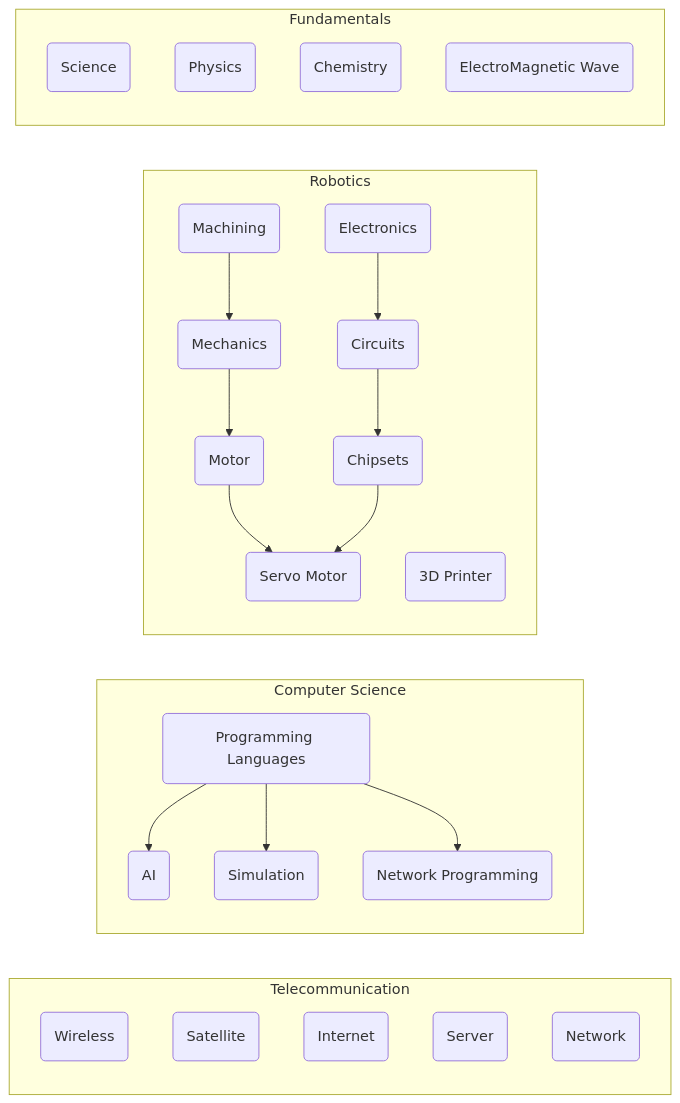
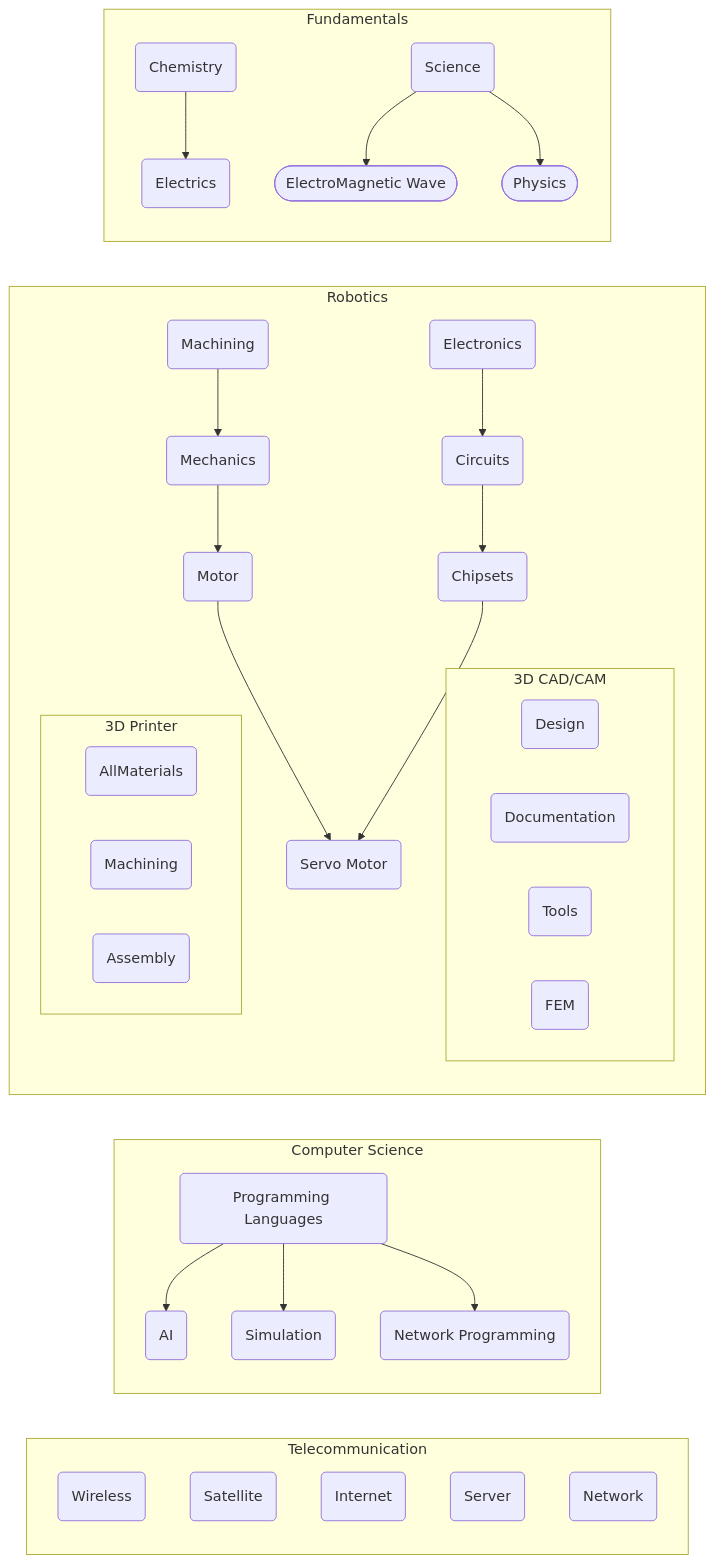
Before and after one commit to nihonXIM/XIR: the diagram in README.md, drawn with Mermaid. The commit also changed other lines of this file and 2 other files, not shown here.

Commit message:
始め

````diff
--- a/README.md
+++ b/README.md
@@ -2,53 +14,62 @@
 ```mermaid
 flowchart LR
-
-
-
-
-
-
     subgraph Telecommunication
         WIRL(Wireless)
         SAT(Satellite)
         INT(Internet)
         SER(Server)
         NET(Network)
     end
 
     MEC --> MOT
     MET --> MEC
     MOT --> SMO
     ELE --> CIRC
     CHIP --> SMO
     CIRC --> CHIP
     subgraph Computer Science
         AI(AI)
         PL(Programming Languages)
         NP(Network Programming)
         SI(Simulation)
     end
     PL --> SI
     PL --> AI
     PL --> NP
 
     
     subgraph Robotics
         MET(Machining)
         MEC(Mechanics)
         ELE(Electronics)
         CHIP(Chipsets)
         CIRC(Circuits)
         MOT(Motor)
         SMO(Servo Motor)
-        3DP(3D Printer)
+        subgraph 3D CAD/CAM
+            DES(Design)
+            DOC(Documentation)
+            TOL(Tools)
+            FEM(FEM)
+        end
+        subgraph 3D Printer
+            ALM(AllMaterials)
+            MAC(Machining)
+            ASS(Assembly)
+        end
     end
-
+    
     subgraph Fundamentals
         SCI(Science)
         PHY(Physics)
         CHE(Chemistry)
-        EMW(ElectroMagnetic Wave)
+        EE(Electrics)
+        EMW([ElectroMagnetic Wave])
+        PHY([Physics])
+        
+        CHE --> EE
+        SCI --> EMW
+        SCI --> PHY
     end
 
-
 ```
````
